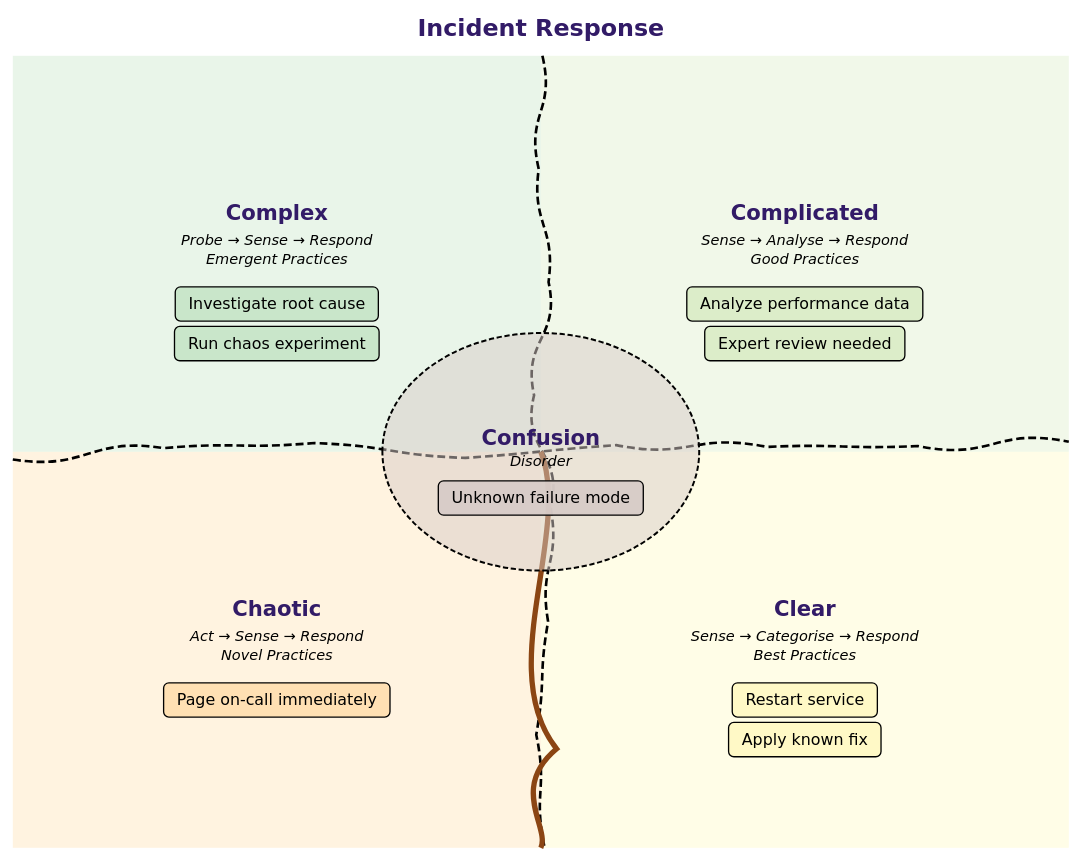
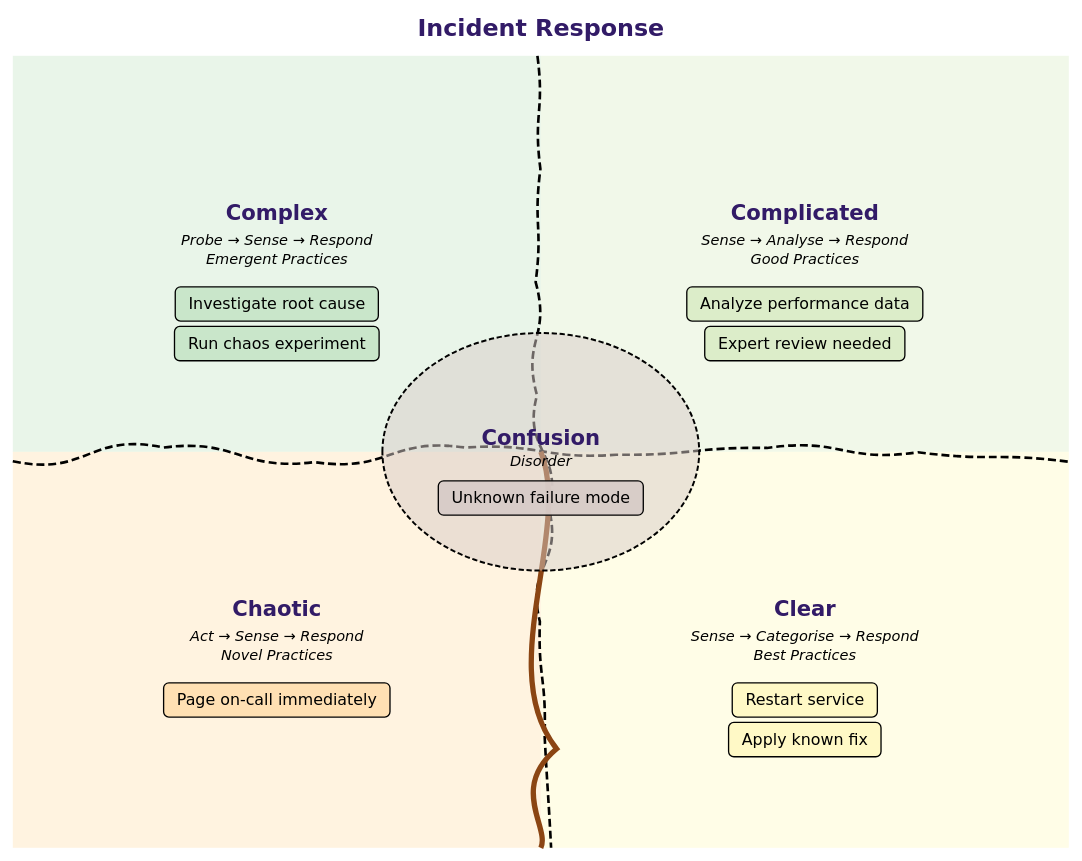
One commit to pbrolin47/mermaid-pbrolin47 changed the diagram in e2e/diagrams/cynefin/pr/should-render-a-simple-cynefin-diagram-with-all-five-domains.mmd. Above: the diagram before and after it, drawn with Mermaid (forest theme). The commit also changed 34 other files, not shown here.

```diff
--- a/e2e/diagrams/cynefin/pr/should-render-a-simple-cynefin-diagram-with-all-five-domains.mmd
+++ b/e2e/diagrams/cynefin/pr/should-render-a-simple-cynefin-diagram-with-all-five-domains.mmd
@@ -1,20 +1,26 @@
+---
+description: >-
+  Baseline Cynefin diagram populating all five domains, including the central
+  confusion domain, each with one or two items, verifying the core
+  cynefin-beta domain/item syntax without transitions or config overrides.
+---
 cynefin-beta
   title Incident Response
 
   complex
   "Investigate root cause"
   "Run chaos experiment"
 
   complicated
   "Analyze performance data"
   "Expert review needed"
 
   clear
   "Restart service"
   "Apply known fix"
 
   chaotic
   "Page on-call immediately"
 
   confusion
   "Unknown failure mode"
```
